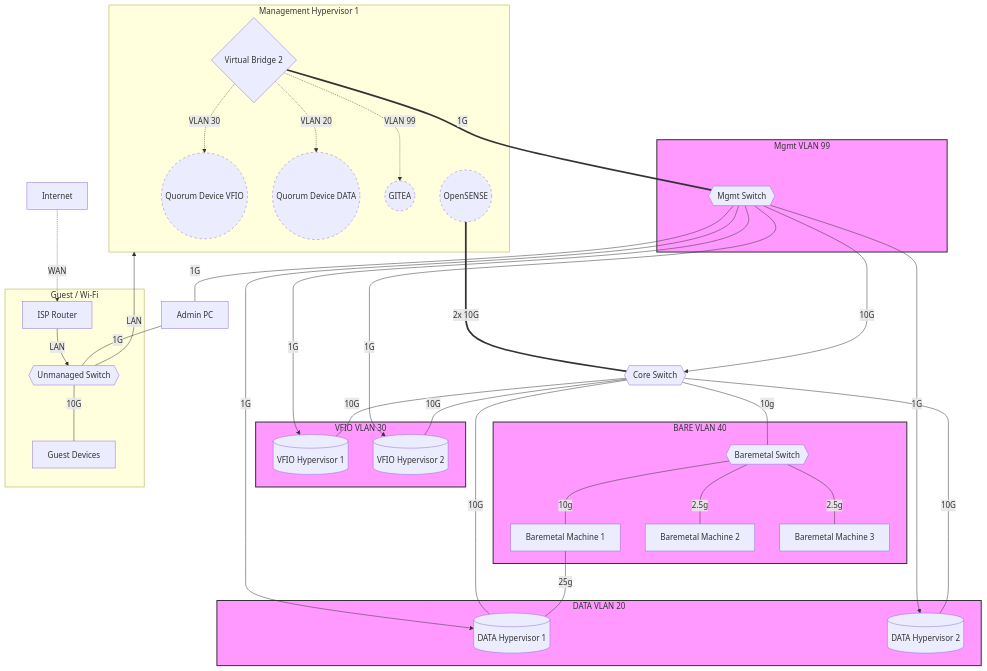
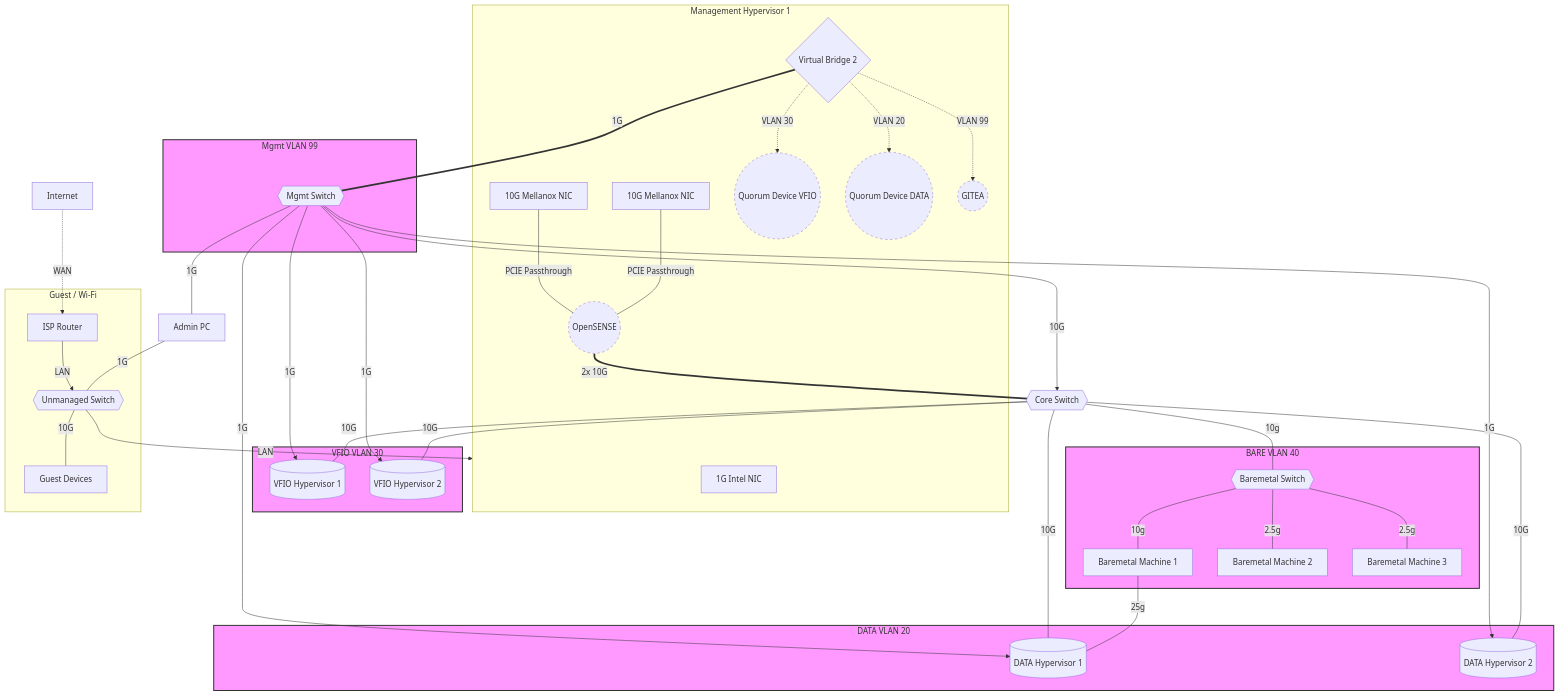
The diagram in alp/netop.md (woeiru/lab), drawn with Mermaid before and after one commit.

Commit message:
alp/netop.md: add NICs and PCIE passthrough to MH1 subgraph

````diff
--- a/alp/netop.md
+++ b/alp/netop.md
@@ -3,70 +3,75 @@
 ```mermaid
 graph TD
     subgraph MH1[Management Hypervisor 1]
+        MH1NIC1[1G Intel NIC]
+        MH1NIC2[10G Mellanox NIC]
+        MH1NIC3[10G Mellanox NIC]
+        MH1NIC2 ---|"PCIE Passthrough"| OPN
+        MH1NIC3 ---|"PCIE Passthrough"| OPN
         VB2{Virtual Bridge 2}
         OPN((OpenSENSE))
         QDV((Quorum Device VFIO))
         QDD((Quorum Device DATA))
         GIT((GITEA))
     end
 
     INT[Internet] -.-> |WAN| ISPR[ISP Router]
     ISPR --> |LAN| US{{Unmanaged Switch}}
     US --> |LAN| MH1
     US ---|"10G"| GD[Guest Devices]
 
     MS{{Mgmt Switch}} ---|"1G"| APC[Admin PC]
     APC ---|"1G"| US
 
     VB2 ===|"1G"| MS
     OPN ===|"2x 10G"| CS{{Core Switch}}
 
     MS --->|"10G"| CS
     MS --->|"1G"| DH1
     MS --->|"1G"| DH2
     MS --->|"1G"| VH1
     MS --->|"1G"| VH2
 
     CS ---|"10G"| DH1[(DATA Hypervisor 1)]
     CS ---|"10G"| DH2[(DATA Hypervisor 2)]
     CS ---|"10G"| VH1[(VFIO Hypervisor 1)]
     CS ---|"10G"| VH2[(VFIO Hypervisor 2)]
 
     CS ---|"10g"| BMS{{Baremetal Switch}}
     BMS ---|"10g"| BM1[Baremetal Machine 1]
     BM1 ---|"25g"| DH1
     BMS ---|"2.5g"| BM2[Baremetal Machine 2]
     BMS ---|"2.5g"| BM3[Baremetal Machine 3]
 
     subgraph VLAN20 [DATA VLAN 20]
         DH1
         DH2
     end
     subgraph VLAN30 [VFIO VLAN 30]
         VH1
         VH2
     end
     subgraph VLAN40 [BARE VLAN 40]
         BMS
         BM1 
         BM2 
         BM3 
     end
     subgraph VLAN99 [Mgmt VLAN 99]
         MS
     end
     subgraph Guest [Guest / Wi-Fi]
         ISPR
         GD
         US
     end
 
     VB2 -.->|VLAN 20| QDD
     VB2 -.->|VLAN 30| QDV
     VB2 -.->|VLAN 99| GIT
 
     classDef punctuated stroke-dasharray: 5 5;
     class GIT,QDV,QDD,OPN punctuated;
     classDef vlan fill:#f9f,stroke:#333,stroke-width:2px;
     class VLAN20,VLAN30,VLAN40,VLAN99 vlan;
 ```
````
